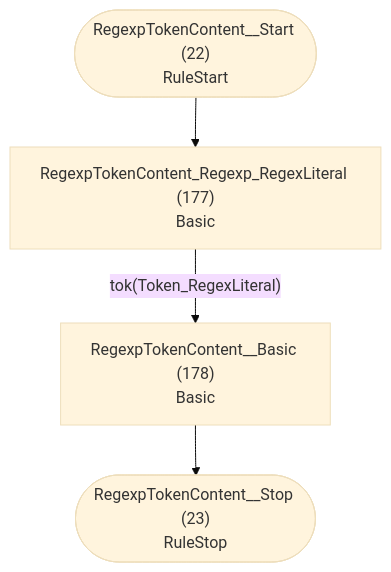
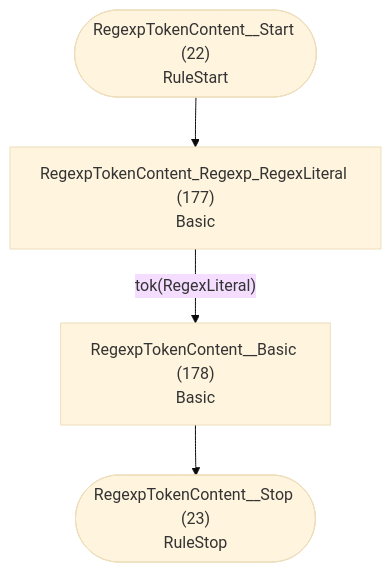
One commit to TypeFox/fastbelt changed diagram 12 of 37 in internal/grammar/atn.md. Above: the diagram before and after it, drawn with Mermaid (base theme). The commit also changed other lines of this file and 3 other files, not shown here.

````diff
--- a/internal/grammar/atn.md
+++ b/internal/grammar/atn.md
@@ -343,11 +343,11 @@
 ```mermaid
 flowchart TD
     q22(["RegexpTokenContent__Start (22)<br/>RuleStart"])
     q23(["RegexpTokenContent__Stop (23)<br/>RuleStop"])
     q177["RegexpTokenContent_Regexp_RegexLiteral (177)<br/>Basic<br/>"]
     q178["RegexpTokenContent__Basic (178)<br/>Basic<br/>"]
 
     q22 --> q177
-    q177 -->|"tok(Token_RegexLiteral)"| q178
+    q177 -->|"tok(RegexLiteral)"| q178
     q178 --> q23
 ```
````
